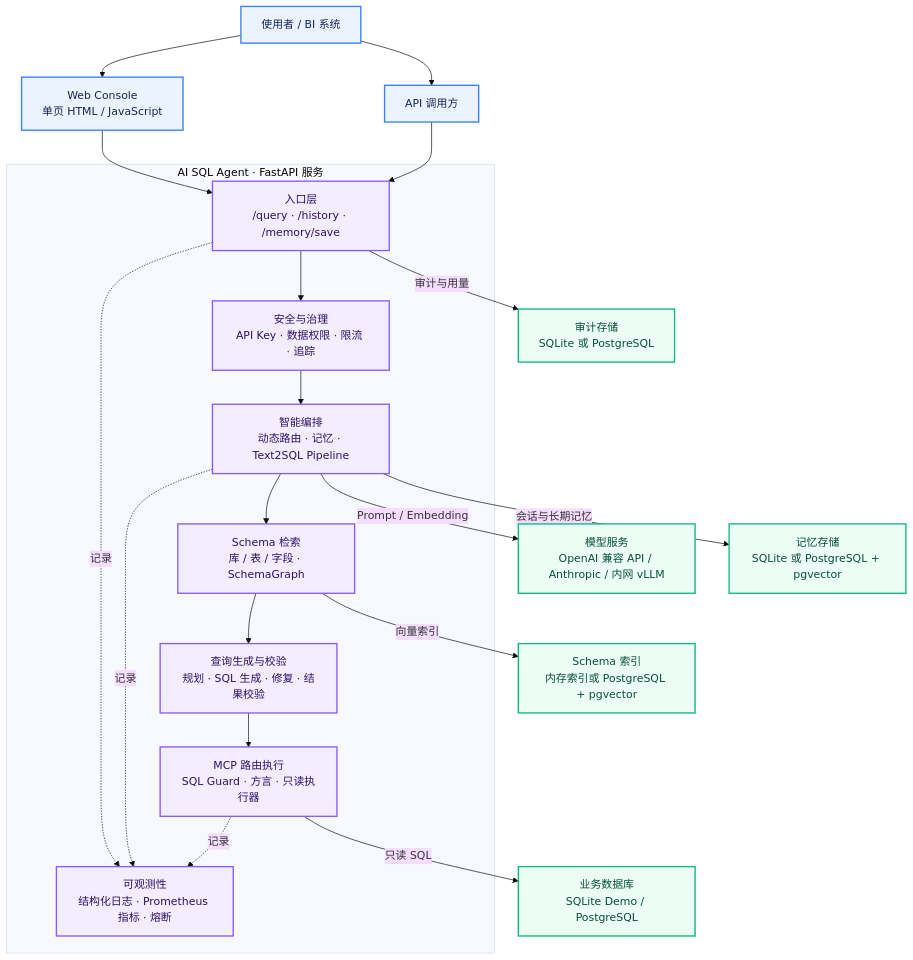
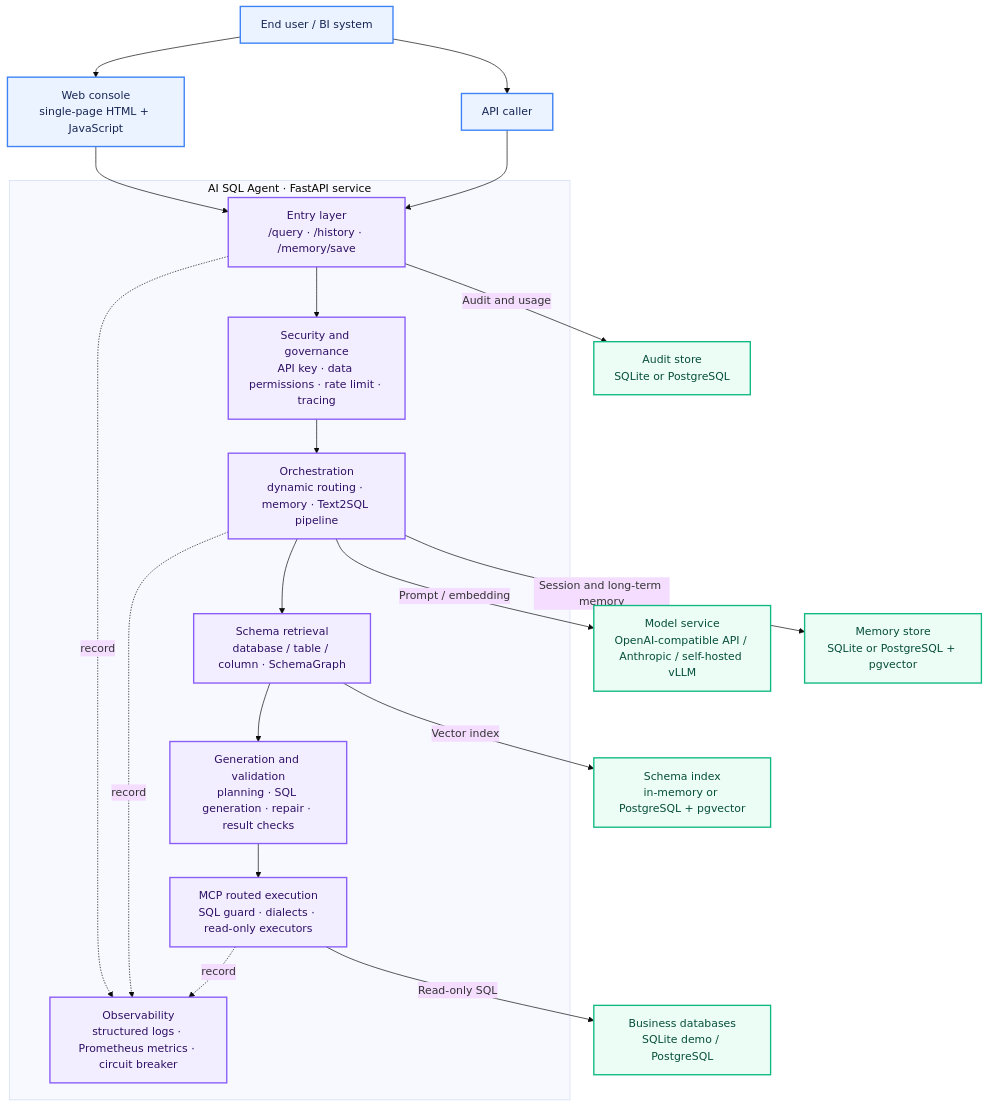
The second of 2 diagrams in README.md (heyemlee/ai-sql-agent), drawn with Mermaid (base theme) before and after one commit. The commit also changed other lines of this file and 1 other file, not shown here.

````diff
--- a/README.md
+++ b/README.md
@@ -54,36 +56,36 @@
 ```mermaid
 flowchart TB
-    U["使用者 / BI 系统"] --> W["Web Console<br/>单页 HTML / JavaScript"]
-    U --> C["API 调用方"]
+    U["End user / BI system"] --> W["Web console<br/>single-page HTML + JavaScript"]
+    U --> C["API caller"]
     W --> A
     C --> A
 
-    subgraph APP["AI SQL Agent · FastAPI 服务"]
-        A["入口层<br/>/query · /history · /memory/save"]
-        S["安全与治理<br/>API Key · 数据权限 · 限流 · 追踪"]
-        P["智能编排<br/>动态路由 · 记忆 · Text2SQL Pipeline"]
-        R["Schema 检索<br/>库 / 表 / 字段 · SchemaGraph"]
-        Q["查询生成与校验<br/>规划 · SQL 生成 · 修复 · 结果校验"]
-        X["MCP 路由执行<br/>SQL Guard · 方言 · 只读执行器"]
-        O["可观测性<br/>结构化日志 · Prometheus 指标 · 熔断"]
+    subgraph APP["AI SQL Agent · FastAPI service"]
+        A["Entry layer<br/>/query · /history · /memory/save"]
+        S["Security and governance<br/>API key · data permissions · rate limit · tracing"]
+        P["Orchestration<br/>dynamic routing · memory · Text2SQL pipeline"]
+        R["Schema retrieval<br/>database / table / column · SchemaGraph"]
+        Q["Generation and validation<br/>planning · SQL generation · repair · result checks"]
+        X["MCP routed execution<br/>SQL guard · dialects · read-only executors"]
+        O["Observability<br/>structured logs · Prometheus metrics · circuit breaker"]
 
         A --> S --> P
         P --> R --> Q --> X
-        A -.记录.-> O
-        P -.记录.-> O
-        X -.记录.-> O
+        A -.record.-> O
+        P -.record.-> O
+        X -.record.-> O
     end
 
-    P -->|Prompt / Embedding| L["模型服务<br/>OpenAI 兼容 API / Anthropic / 内网 vLLM"]
-    R -->|向量索引| V["Schema 索引<br/>内存索引或 PostgreSQL + pgvector"]
-    P -->|会话与长期记忆| M["记忆存储<br/>SQLite 或 PostgreSQL + pgvector"]
-    A -->|审计与用量| D["审计存储<br/>SQLite 或 PostgreSQL"]
-    X -->|只读 SQL| DB["业务数据库<br/>SQLite Demo / PostgreSQL"]
+    P -->|Prompt / embedding| L["Model service<br/>OpenAI-compatible API / Anthropic / self-hosted vLLM"]
+    R -->|Vector index| V["Schema index<br/>in-memory or PostgreSQL + pgvector"]
+    P -->|Session and long-term memory| M["Memory store<br/>SQLite or PostgreSQL + pgvector"]
+    A -->|Audit and usage| D["Audit store<br/>SQLite or PostgreSQL"]
+    X -->|Read-only SQL| DB["Business databases<br/>SQLite demo / PostgreSQL"]
 
     classDef client fill:#EAF3FF,stroke:#3B82F6,stroke-width:2px,color:#172554;
     classDef service fill:#F3EEFF,stroke:#8B5CF6,stroke-width:2px,color:#2E1065;
     classDef external fill:#ECFDF5,stroke:#10B981,stroke-width:2px,color:#064E3B;
     class U,W,C client;
     class A,S,P,R,Q,X,O service;
     class L,V,M,D,DB external;
 ```
````
